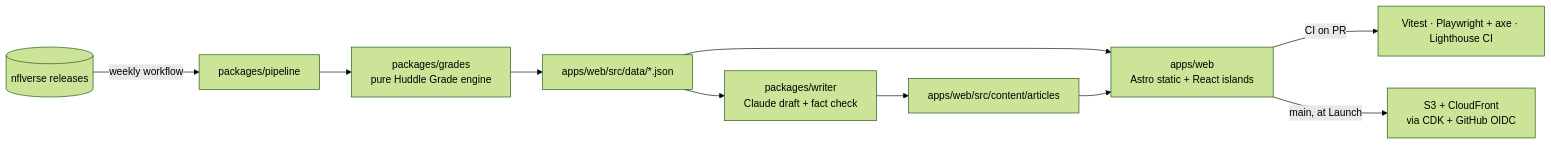
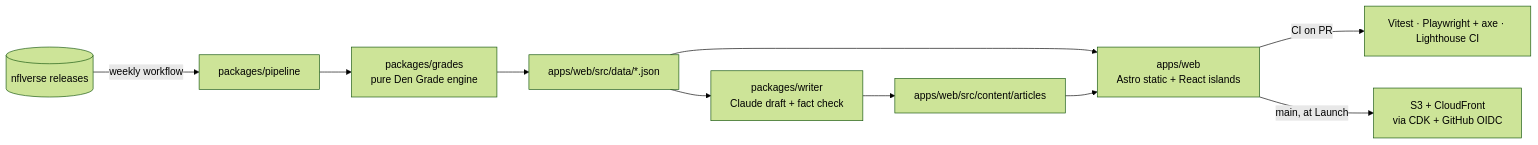
Before and after one commit to RedWings-RedBull/motown-huddle: the diagram in README.md, drawn with Mermaid (forest theme). The commit also changed other lines of this file and 34 other files, not shown here.

````diff
--- a/README.md
+++ b/README.md
@@ -24,12 +24,12 @@
 ```mermaid
 flowchart LR
   NV[(nflverse releases)] -->|weekly workflow| P[packages/pipeline]
-  P --> G[packages/grades<br/>pure Huddle Grade engine]
+  P --> G[packages/grades<br/>pure Den Grade engine]
   G --> D[apps/web/src/data/*.json]
   D --> A[packages/writer<br/>Claude draft + fact check]
   A --> M[apps/web/src/content/articles]
   D --> W[apps/web<br/>Astro static + React islands]
   M --> W
   W -->|CI on PR| T[Vitest · Playwright + axe · Lighthouse CI]
   W -->|main, at Launch| CF[S3 + CloudFront<br/>via CDK + GitHub OIDC]
 ```
````
